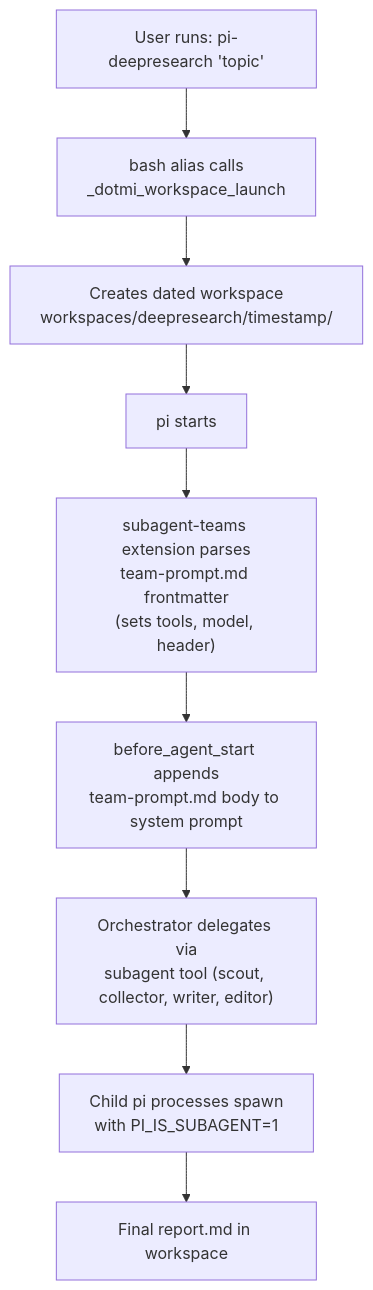
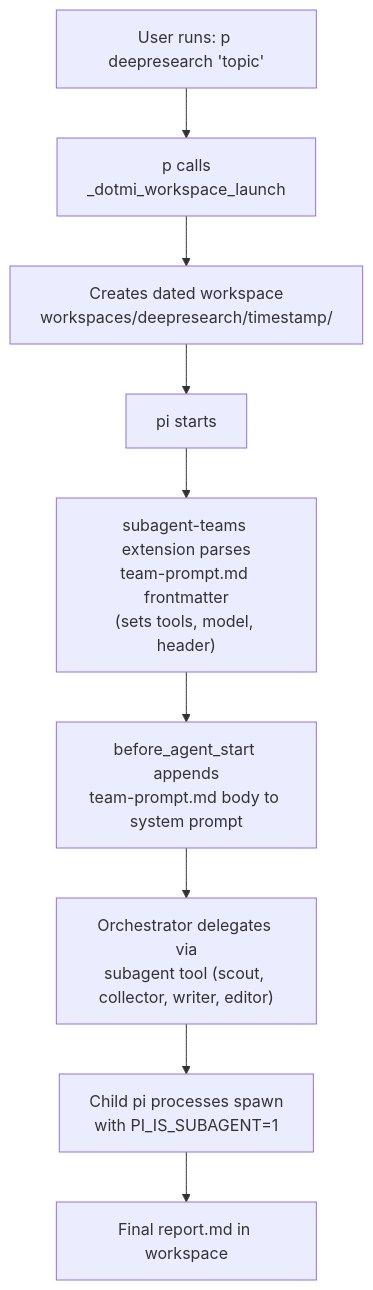
Before and after one commit to PlebeiusGaragicus/dot-mi: the second of 3 diagrams in docs/architecture.md, drawn with Mermaid. The commit also changed other lines of this file and 16 other files, not shown here.

````diff
--- a/docs/architecture.md
+++ b/docs/architecture.md
@@ -84,15 +84,15 @@
 ```mermaid
 graph TD
-  WUser["User runs: pi-deepresearch 'topic'"]
-  WAlias["bash alias calls<br/>_dotmi_workspace_launch"]
+  WUser["User runs: p deepresearch 'topic'"]
+  WAlias["p calls<br/>_dotmi_workspace_launch"]
   WDir["Creates dated workspace<br/>workspaces/deepresearch/timestamp/"]
   WPi["pi starts"]
   WFrontmatter["subagent-teams extension parses<br/>team-prompt.md frontmatter<br/>(sets tools, model, header)"]
   WTeamPrompt["before_agent_start appends<br/>team-prompt.md body to system prompt"]
   WSubagent["Orchestrator delegates via<br/>subagent tool (scout, collector, writer, editor)"]
   WChild["Child pi processes spawn<br/>with PI_IS_SUBAGENT=1"]
   WReport["Final report.md in workspace"]
 
   WUser --> WAlias --> WDir --> WPi
   WPi --> WFrontmatter --> WTeamPrompt --> WSubagent --> WChild --> WReport
 ```
````
